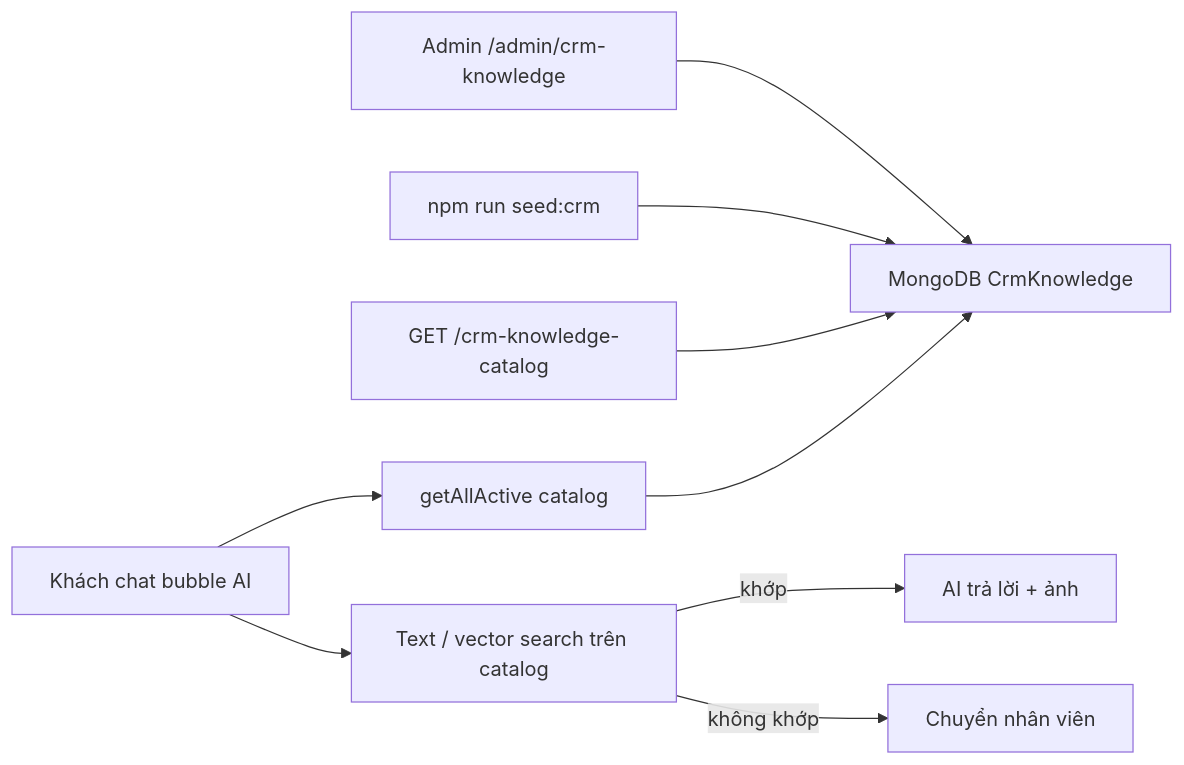
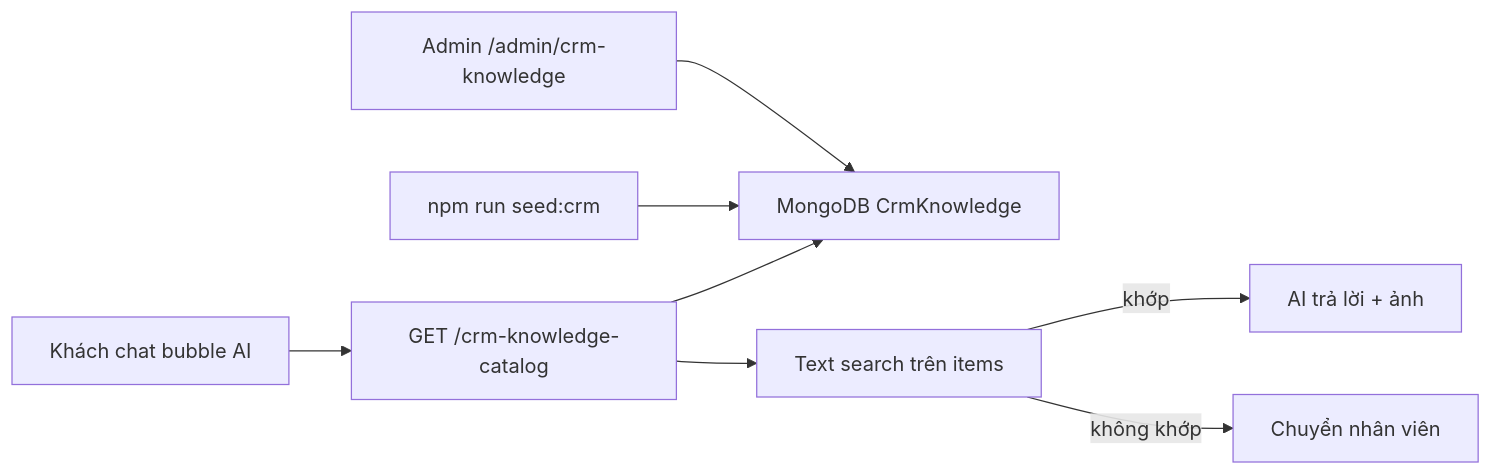
Before and after one commit to nguyentay52636/real-estate-project-api: the diagram in docs/CRM_AI_HUONG_DAN.md, drawn with Mermaid. The commit also changed other lines of this file and 13 other files, not shown here.

Commit message:
refactor: simplify AI search pipeline to text-based catalog fetching and update API routing/caching structure

````diff
--- a/docs/CRM_AI_HUONG_DAN.md
+++ b/docs/CRM_AI_HUONG_DAN.md
@@ -80,11 +80,10 @@
 ```mermaid
 flowchart LR
   admin["Admin /admin/crm-knowledge"] --> db["MongoDB CrmKnowledge"]
   seed["npm run seed:crm"] --> db
   catalogApi["GET /crm-knowledge-catalog"] --> db
-  chat["Khách chat bubble AI"] --> getAll["getAllActive catalog"]
-  getAll --> db
-  chat --> search["Text / vector search trên catalog"]
+  chat["Khách chat bubble AI"] --> catalogApi
+  catalogApi --> search["Text search trên items"]
   search -->|khớp| aiReply["AI trả lời + ảnh"]
   search -->|không khớp| handoff["Chuyển nhân viên"]
 ```
````
